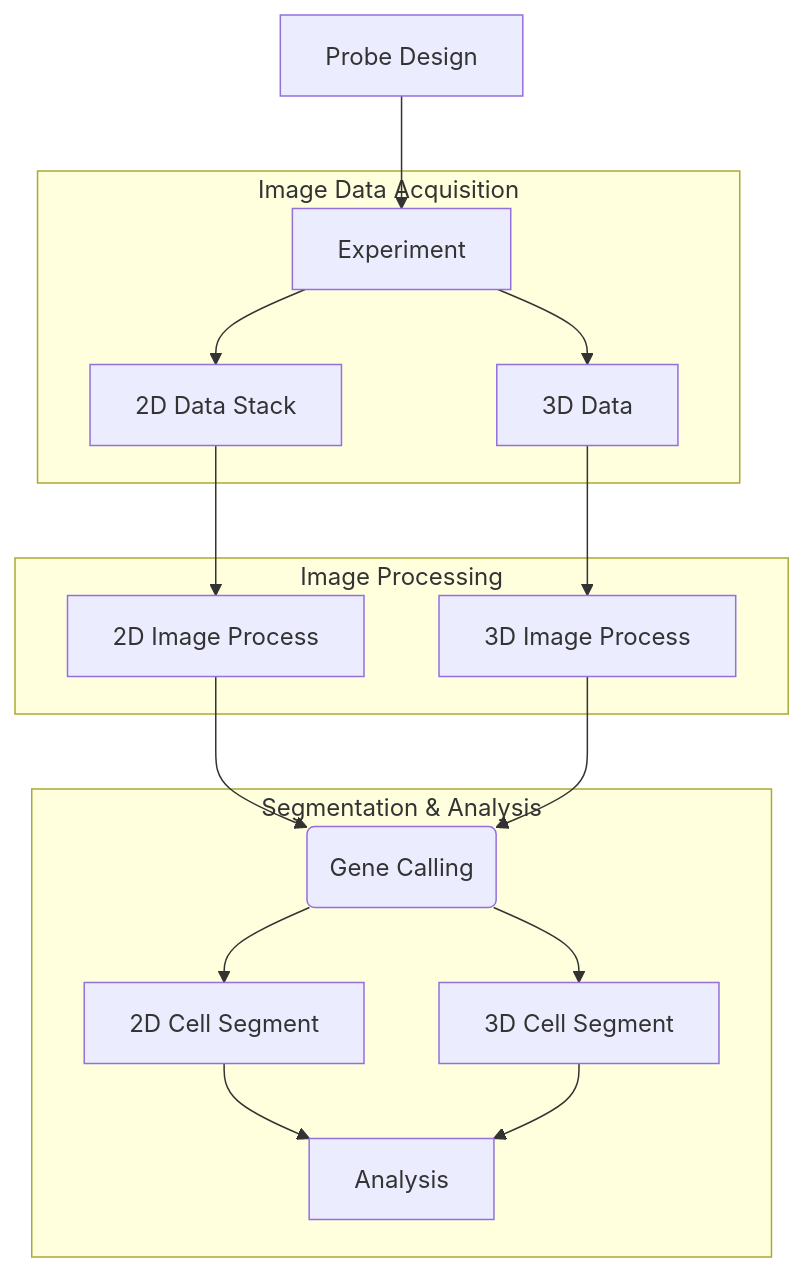
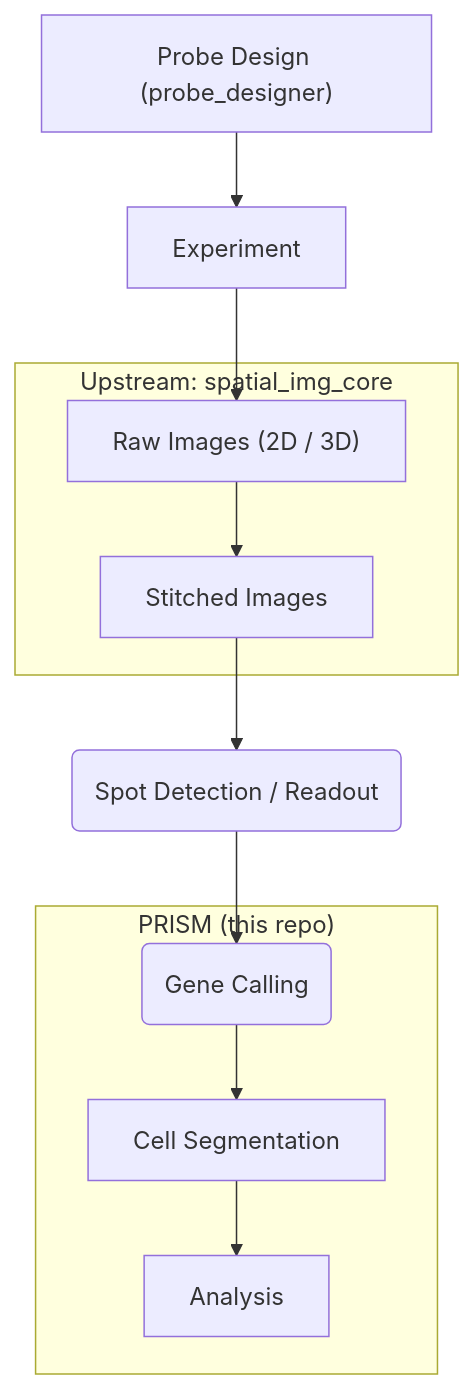
One commit to HuangLab-PKU/PRISM-Code changed the diagram in README.md. Above: the diagram before and after it, drawn with Mermaid. The commit also changed other lines of this file and 474 other files, not shown here.

First line of the commit message:
refactor: drop image_process subpackage, narrow scope to post-stitching

````diff
--- a/README.md
+++ b/README.md
@@ -41,24 +42,17 @@
 ```mermaid
 graph TD
-    A["Probe Design"] --> B["Experiment"];
-    
-    subgraph "Image Data Acquisition"
-        B --> C["2D Data Stack"];
-        B --> E["3D Data"];
+    A["Probe Design (probe_designer)"] --> B["Experiment"];
+    B --> C["Raw Images (2D / 3D)"];
+
+    subgraph "Upstream: spatial_img_core"
+        C --> D["Stitched Images"];
     end
-    
-    subgraph "Image Processing"
-        C --> D["2D Image Process"];
-        E --> F["3D Image Process"];
-    end
-    
-    D --> G("Gene Calling");
-    F --> G("Gene Calling");
-    
-    subgraph "Segmentation & Analysis"
-        G --> H["2D Cell Segment"];
-        G --> I["3D Cell Segment"];
-        H --> J["Analysis"];
-        I --> J["Analysis"];
+
+    D --> E("Spot Detection / Readout");
+    E --> F("Gene Calling");
+
+    subgraph "PRISM (this repo)"
+        F --> G["Cell Segmentation"];
+        G --> H["Analysis"];
     end
 ```
````
